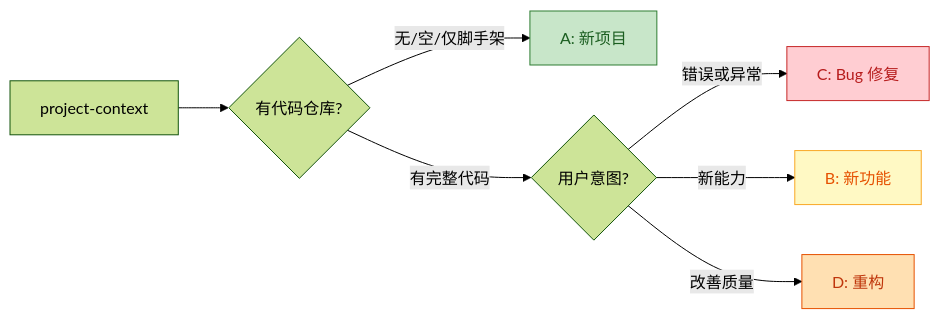
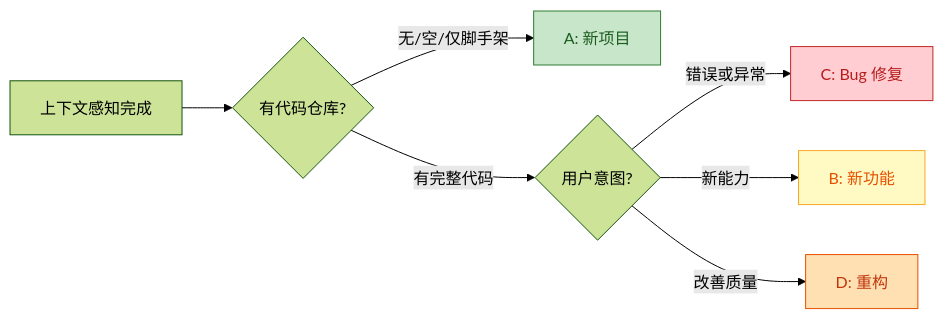
One commit to YuluoY/Ironweave changed the fourth of 7 diagrams in skills/orchestrator/SKILL.md. Above: the diagram before and after it, drawn with Mermaid (forest theme). The commit also changed other lines of this file and 20 other files, not shown here.

````diff
--- a/skills/orchestrator/SKILL.md
+++ b/skills/orchestrator/SKILL.md
@@ -62,14 +154,14 @@
 ```mermaid
 graph LR
-    CTX_START["project-context"] --> HAS_CODE{"有代码仓库?"}
+    CTX_START["上下文感知完成"] --> HAS_CODE{"有代码仓库?"}
     HAS_CODE -->|"无/空/仅脚手架"| NEW["A: 新项目"]
     HAS_CODE -->|"有完整代码"| INTENT{"用户意图?"}
     INTENT -->|"错误或异常"| BUG["C: Bug 修复"]
     INTENT -->|"新能力"| FEAT["B: 新功能"]
     INTENT -->|"改善质量"| REFACTOR["D: 重构"]
 
     style NEW fill:#c8e6c9,stroke:#2e7d32,color:#1b5e20
     style BUG fill:#ffcdd2,stroke:#c62828,color:#b71c1c
     style FEAT fill:#fff9c4,stroke:#f9a825,color:#e65100
     style REFACTOR fill:#ffe0b2,stroke:#e65100,color:#bf360c
 ```
````
